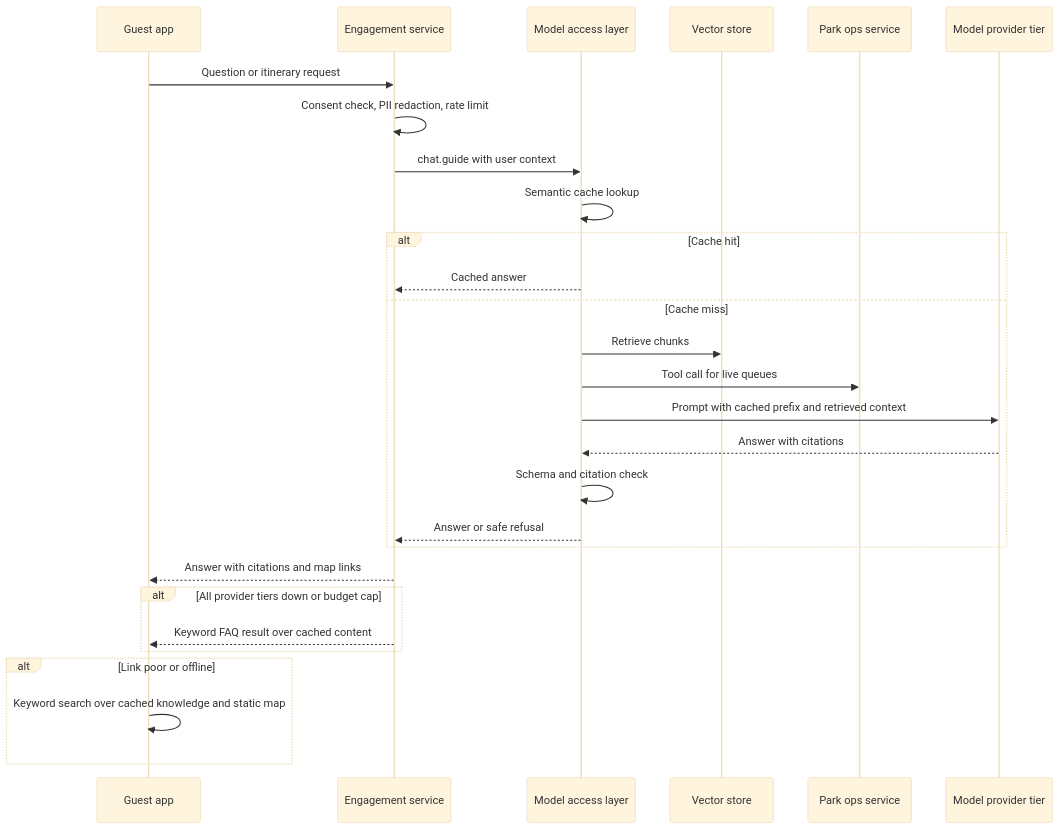
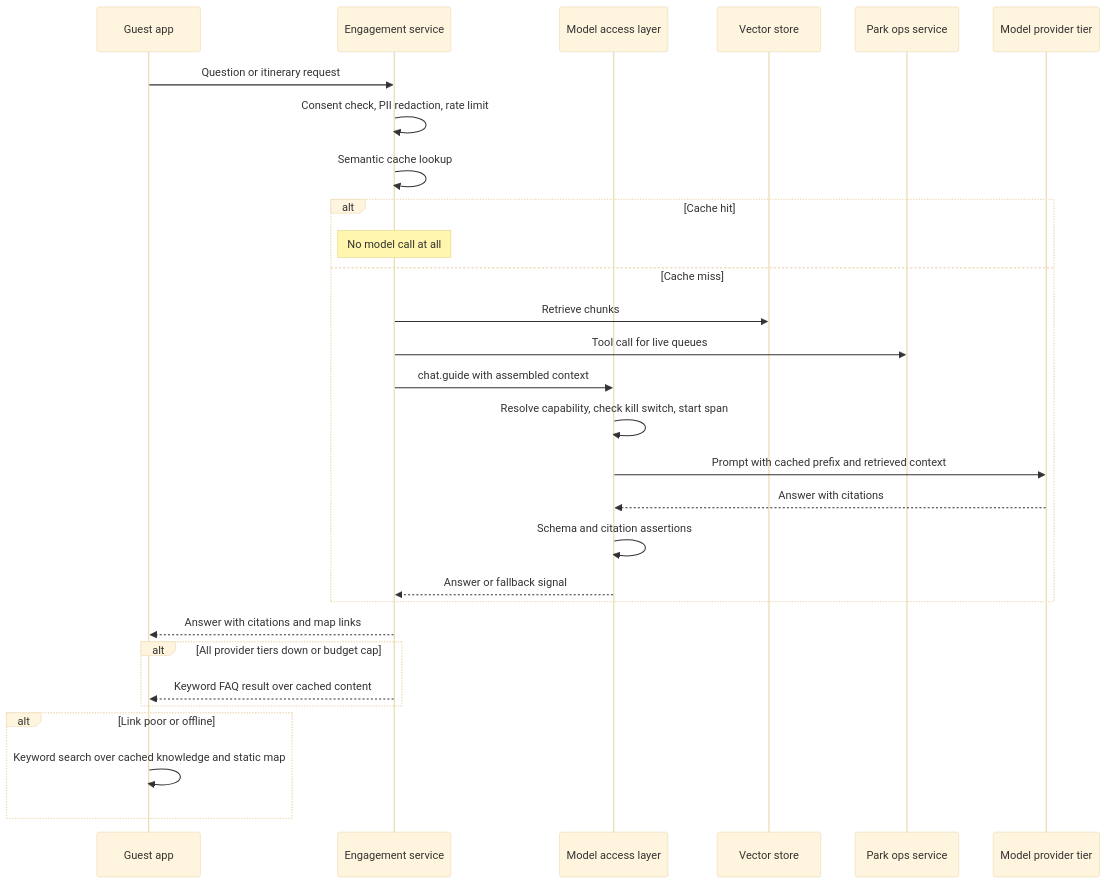
Before and after one commit to works-on-my-whiteboard/ai-architectural-katas-2026: the diagram in docs/ai/ai-04-guest-guide.md, drawn with Mermaid (base theme). The commit also changed other lines of this file and 54 other files, not shown here.

````diff
--- a/docs/ai/ai-04-guest-guide.md
+++ b/docs/ai/ai-04-guest-guide.md
@@ -18,30 +18,31 @@
 ```mermaid
 sequenceDiagram
   participant G as Guest app
   participant E as Engagement service
   participant GW as Model access layer
   participant V as Vector store
   participant O as Park ops service
   participant M as Model provider tier
   G->>E: Question or itinerary request
   E->>E: Consent check, PII redaction, rate limit
-  E->>GW: chat.guide with user context
-  GW->>GW: Semantic cache lookup
+  E->>E: Semantic cache lookup
   alt Cache hit
-    GW-->>E: Cached answer
+    Note over E: No model call at all
   else Cache miss
-    GW->>V: Retrieve chunks
-    GW->>O: Tool call for live queues
+    E->>V: Retrieve chunks
+    E->>O: Tool call for live queues
+    E->>GW: chat.guide with assembled context
+    GW->>GW: Resolve capability, check kill switch, start span
     GW->>M: Prompt with cached prefix and retrieved context
     M-->>GW: Answer with citations
-    GW->>GW: Schema and citation check
-    GW-->>E: Answer or safe refusal
+    GW->>GW: Schema and citation assertions
+    GW-->>E: Answer or fallback signal
   end
   E-->>G: Answer with citations and map links
   alt All provider tiers down or budget cap
     E-->>G: Keyword FAQ result over cached content
   end
   alt Link poor or offline
     G->>G: Keyword search over cached knowledge and static map
   end
 ```
````
